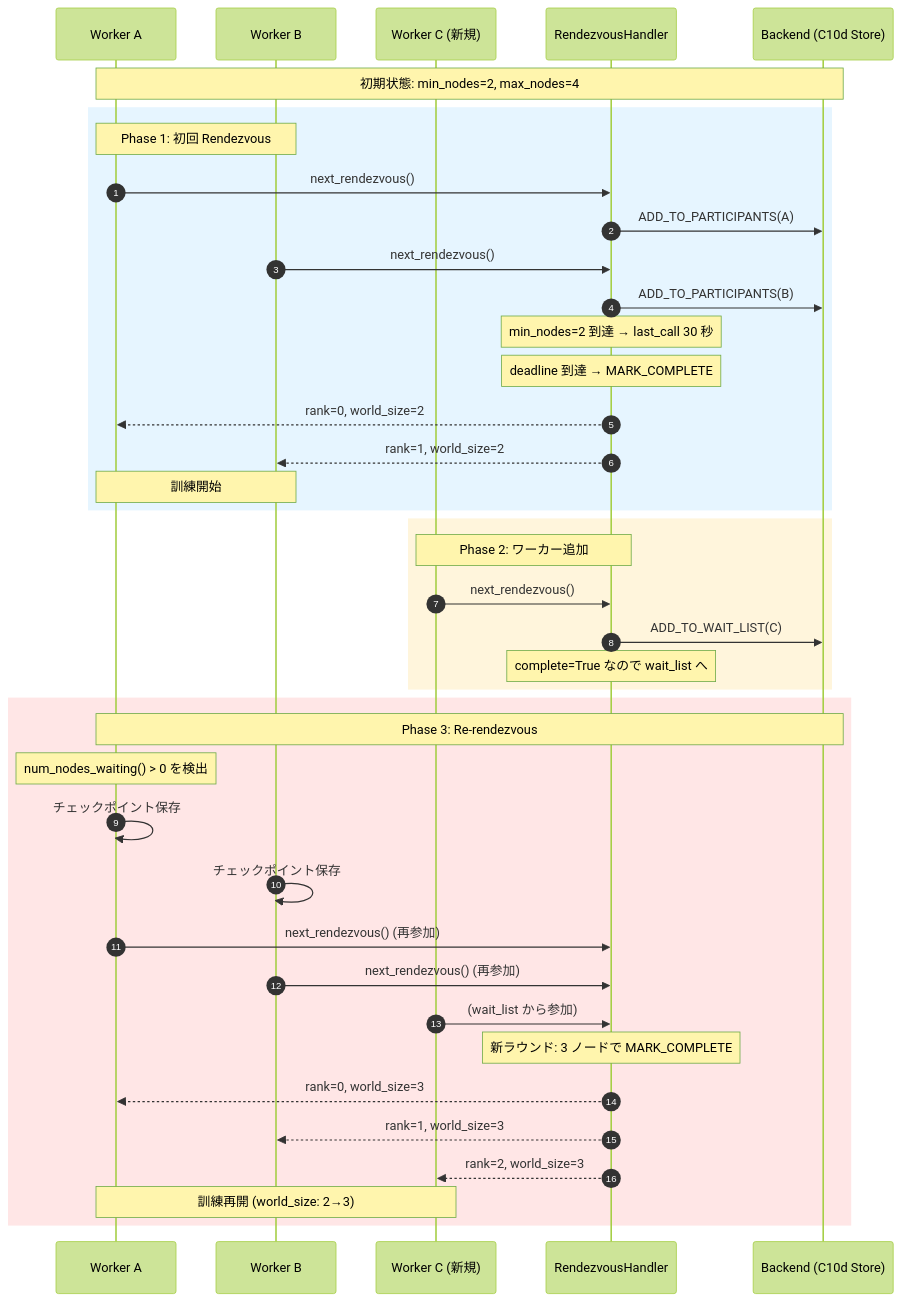
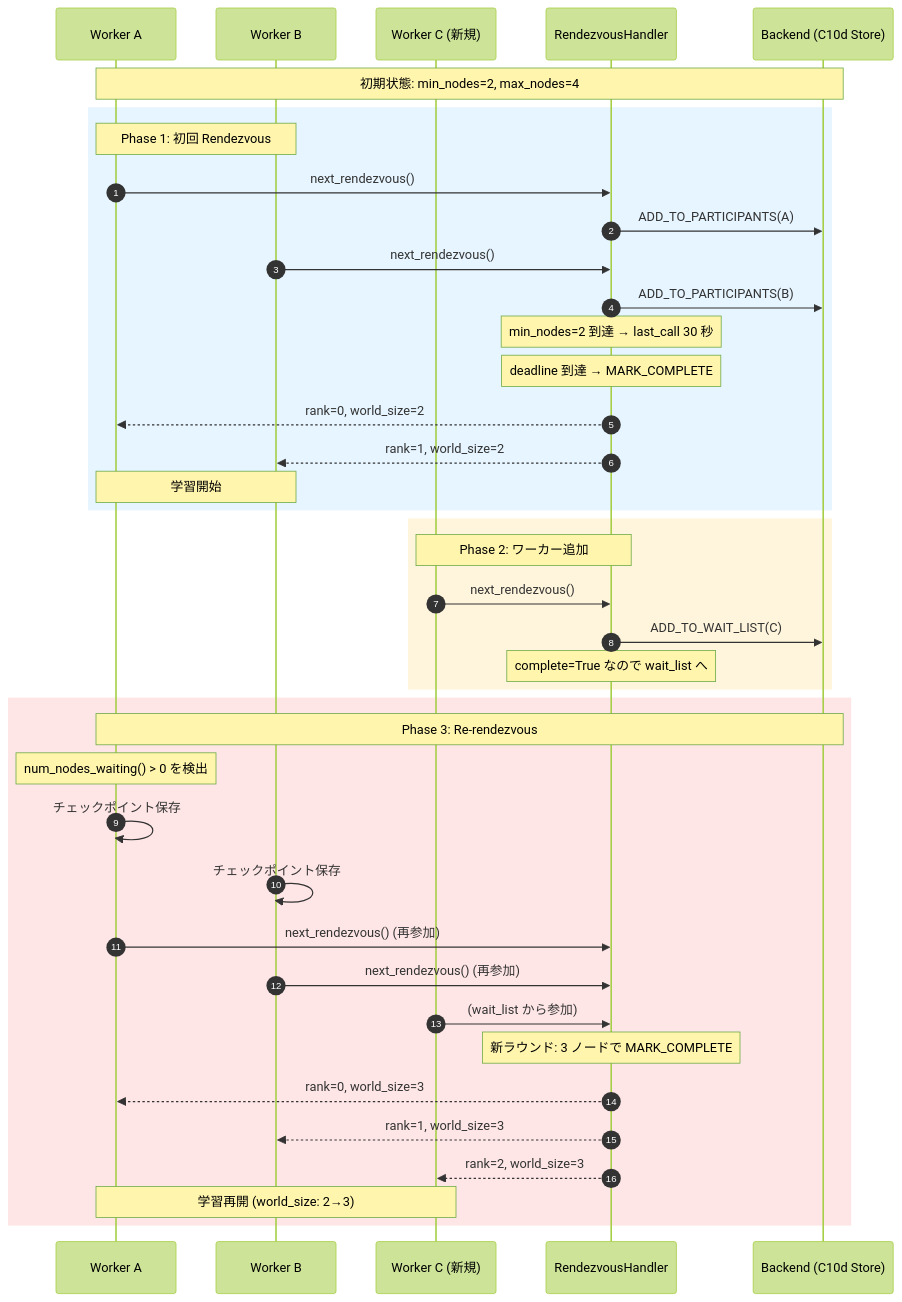
One commit to littlemex/zenn changed the fourth of 13 diagrams in articles/45a746434b2090.md. Above: the diagram before and after it, drawn with Mermaid (forest theme). The commit also changed other lines of this file, not shown here.

````diff
--- a/articles/45a746434b2090.md
+++ b/articles/45a746434b2090.md
@@ -317,46 +882,46 @@
 ```mermaid
 sequenceDiagram
     autonumber
     participant W1 as Worker A
     participant W2 as Worker B
     participant W3 as Worker C (新規)
     participant RH as RendezvousHandler
     participant BE as Backend (C10d Store)
 
     Note over W1, BE: 初期状態: min_nodes=2, max_nodes=4
 
     rect rgb(230, 245, 255)
         Note over W1, W2: Phase 1: 初回 Rendezvous
         W1 ->> RH: next_rendezvous()
         RH ->> BE: ADD_TO_PARTICIPANTS(A)
         W2 ->> RH: next_rendezvous()
         RH ->> BE: ADD_TO_PARTICIPANTS(B)
         Note over RH: min_nodes=2 到達 → last_call 30 秒
         Note over RH: deadline 到達 → MARK_COMPLETE
         RH -->> W1: rank=0, world_size=2
         RH -->> W2: rank=1, world_size=2
-        Note over W1, W2: 訓練開始
+        Note over W1, W2: 学習開始
     end
 
     rect rgb(255, 245, 220)
         Note over W3, RH: Phase 2: ワーカー追加
         W3 ->> RH: next_rendezvous()
         RH ->> BE: ADD_TO_WAIT_LIST(C)
         Note over RH: complete=True なので wait_list へ
     end
 
     rect rgb(255, 230, 230)
         Note over W1, BE: Phase 3: Re-rendezvous
         Note over W1: num_nodes_waiting() > 0 を検出
         W1 ->> W1: チェックポイント保存
         W2 ->> W2: チェックポイント保存
         W1 ->> RH: next_rendezvous() (再参加)
         W2 ->> RH: next_rendezvous() (再参加)
         W3 ->> RH: (wait_list から参加)
         Note over RH: 新ラウンド: 3 ノードで MARK_COMPLETE
         RH -->> W1: rank=0, world_size=3
         RH -->> W2: rank=1, world_size=3
         RH -->> W3: rank=2, world_size=3
-        Note over W1, W3: 訓練再開 (world_size: 2→3)
+        Note over W1, W3: 学習再開 (world_size: 2→3)
     end
 ```
````
